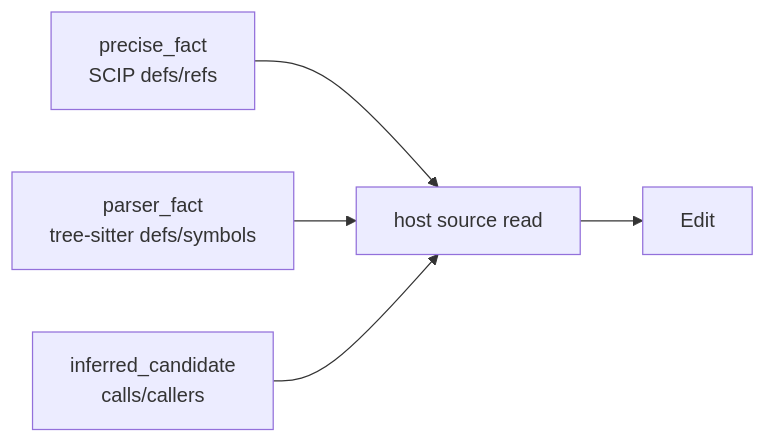
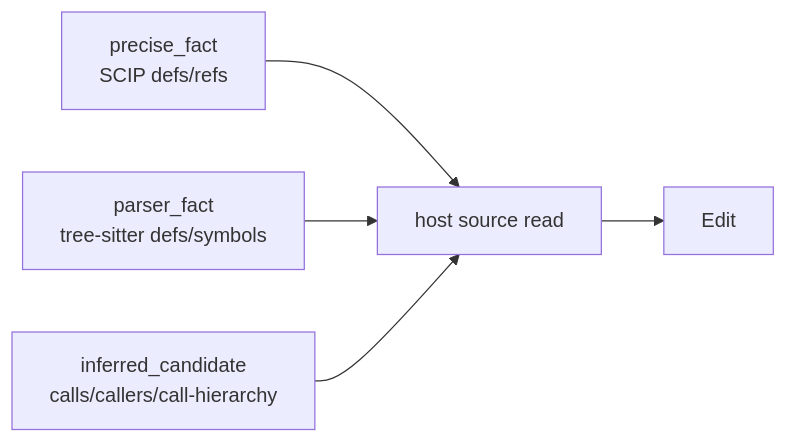
Before and after one commit to mars167/CodeTrail: the second of 2 diagrams in docs/02-command-contract.md, drawn with Mermaid. The commit also changed other lines of this file and 23 other files, not shown here.

Commit message:
feat: add Java semantic call hierarchy

````diff
--- a/docs/02-command-contract.md
+++ b/docs/02-command-contract.md
@@ -149,7 +152,7 @@
 ```mermaid
 flowchart LR
   Precise["precise_fact\nSCIP defs/refs"] --> Verify["host source read"]
   Parser["parser_fact\ntree-sitter defs/symbols"] --> Verify
-  Candidate["inferred_candidate\ncalls/callers"] --> Verify
+  Candidate["inferred_candidate\ncalls/callers/call-hierarchy"] --> Verify
   Verify --> Edit
 ```
````
